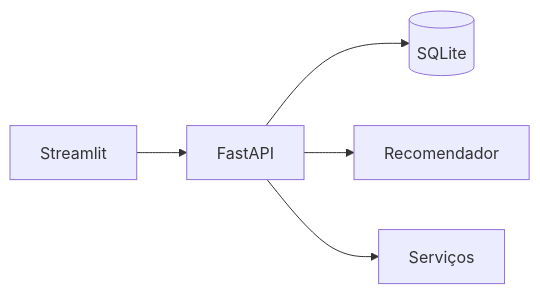
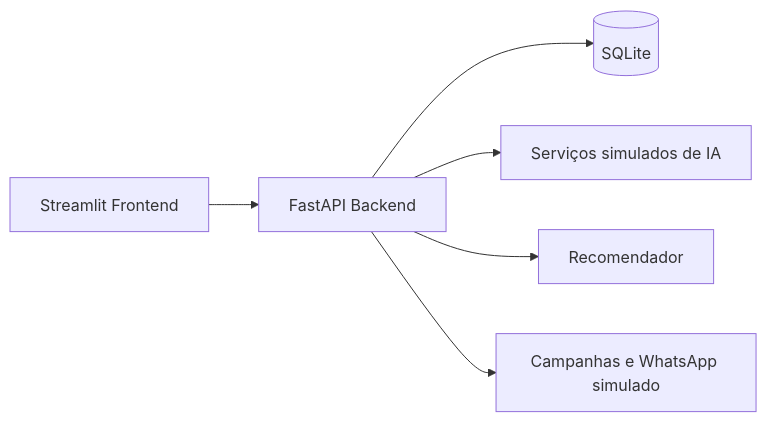
The diagram in README.md (geovannasilva15/beautyflow-ai-codex-ready), drawn with Mermaid before and after one commit. The commit also changed other lines of this file, not shown here.

````diff
--- a/README.md
+++ b/README.md
@@ -36,7 +53,8 @@
 ```mermaid
 flowchart LR
-    UI[Streamlit] --> API[FastAPI]
+    UI[Streamlit Frontend] --> API[FastAPI Backend]
     API --> DB[(SQLite)]
+    API --> IA[Serviços simulados de IA]
     API --> ML[Recomendador]
-    API --> SVC[Serviços]
+    API --> MSG[Campanhas e WhatsApp simulado]
 ```
````
